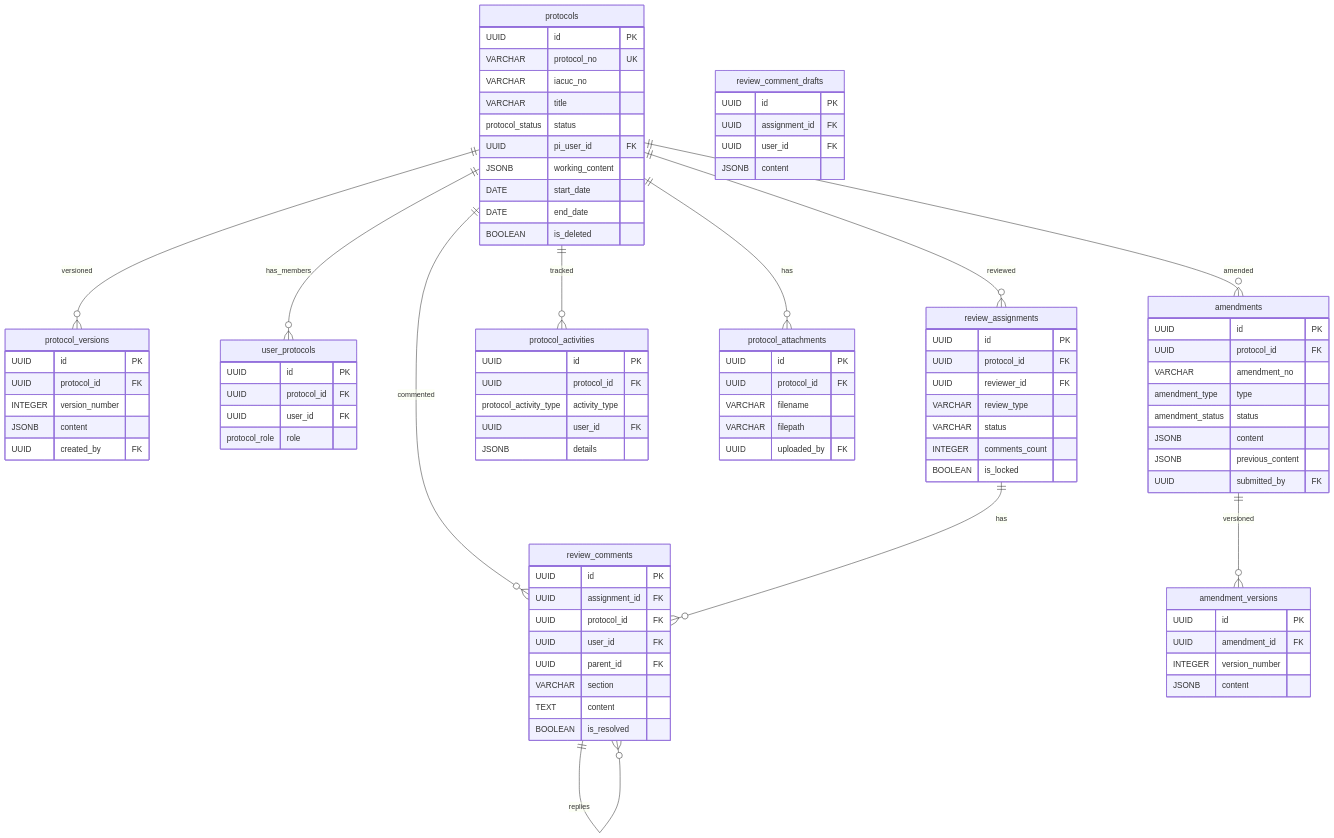
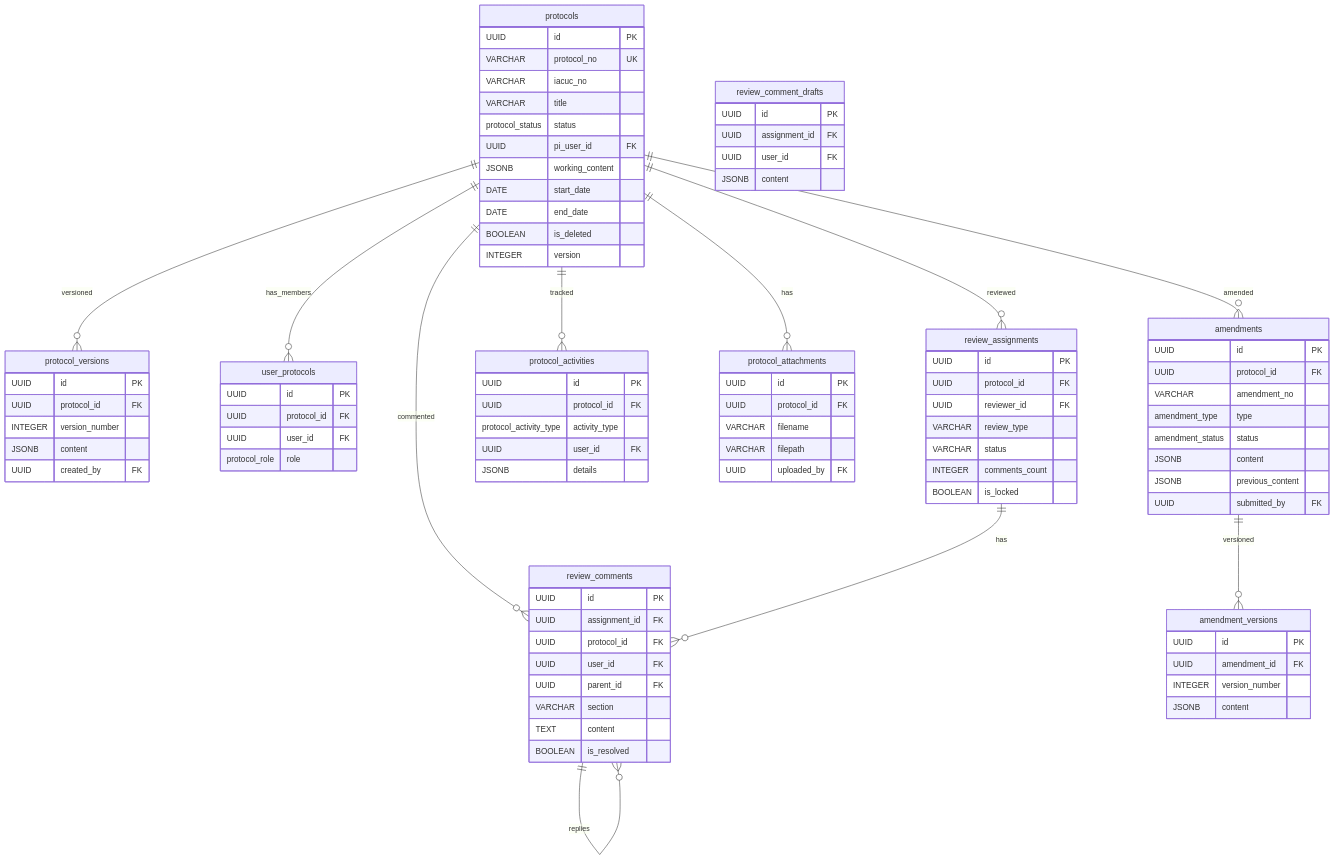
One commit to delightening/ipig_system changed the third of 12 diagrams in docs/Profiling_Spec/database_erd.md. Above: the diagram before and after it, drawn with Mermaid. The commit also changed other lines of this file and 25 other files, not shown here.

```diff
--- a/docs/Profiling_Spec/database_erd.md
+++ b/docs/Profiling_Spec/database_erd.md
@@ -168,6 +172,7 @@
         DATE start_date
         DATE end_date
         BOOLEAN is_deleted
+        INTEGER version
     }
 
     protocol_versions {
```
